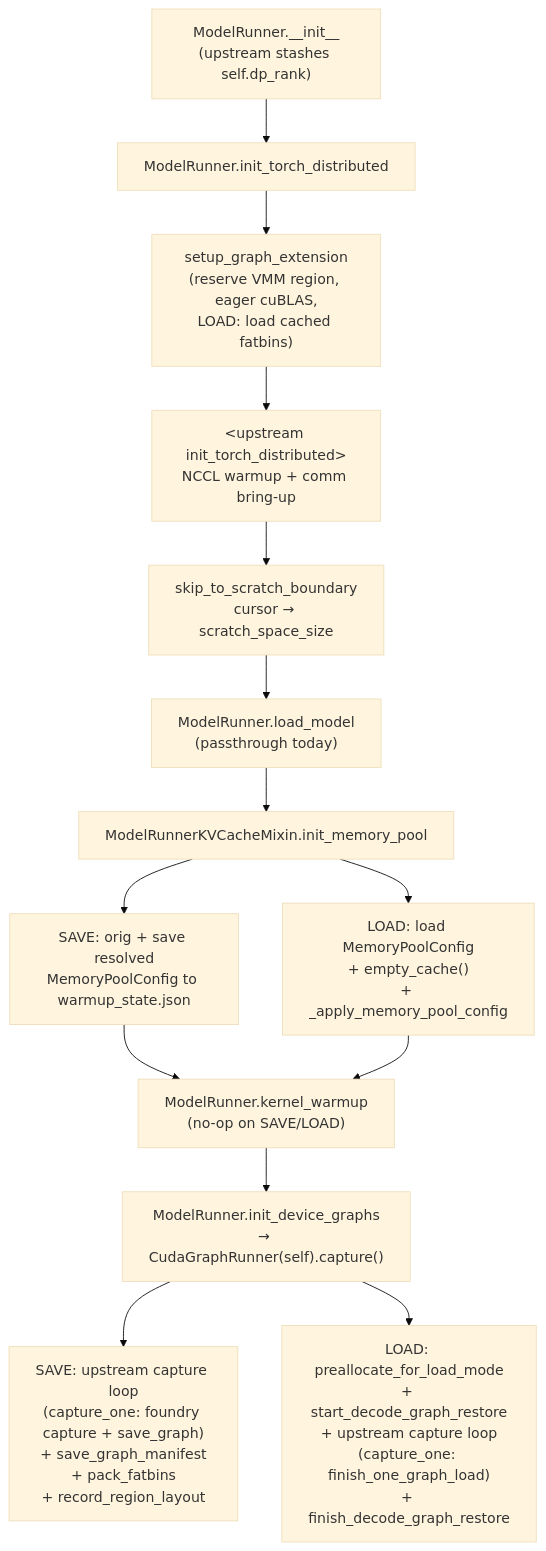
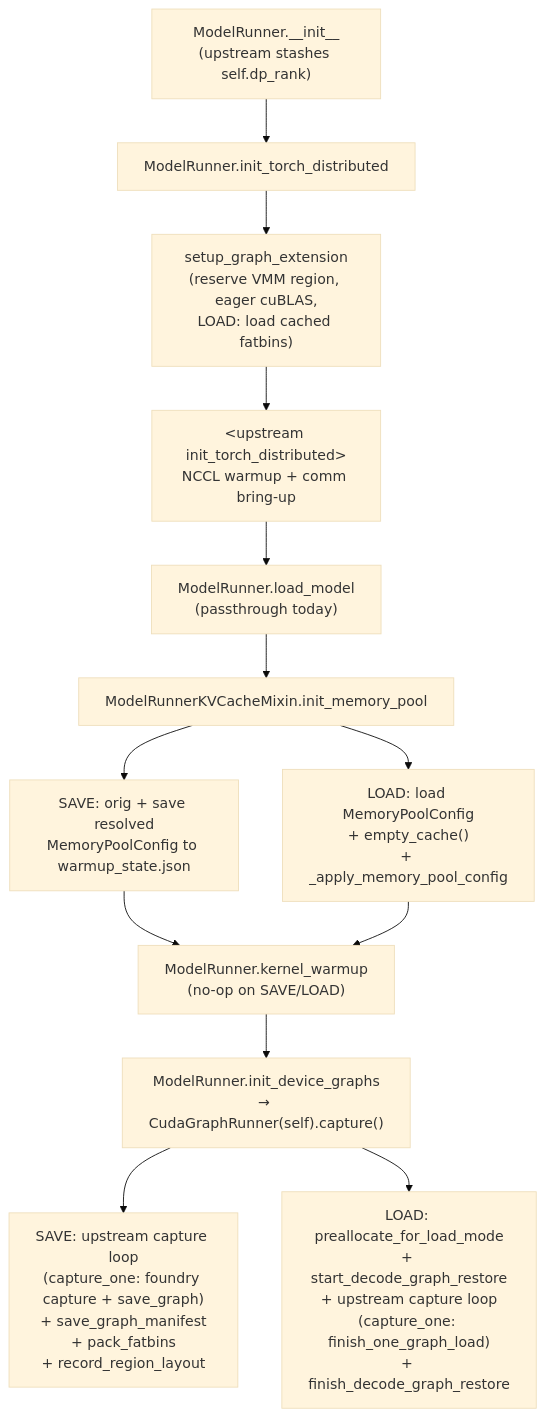
One commit to foundry-org/foundry changed the diagram in docs/sglang/memory-lifecycle.md. Above: the diagram before and after it, drawn with Mermaid (base theme). The commit also changed other lines of this file and 14 other files, not shown here.

Commit message:
[sglang] Drop the scratch skip; scratch_space_size is ignored

````diff
--- a/docs/sglang/memory-lifecycle.md
+++ b/docs/sglang/memory-lifecycle.md
@@ -27,27 +25,26 @@
 ```mermaid
 flowchart TD
     INIT["ModelRunner.__init__<br/>(upstream stashes self.dp_rank)"]
     TORCH["ModelRunner.init_torch_distributed"]
     TORCH_PRE["setup_graph_extension<br/>(reserve VMM region, eager cuBLAS,<br/>LOAD: load cached fatbins)"]
     TORCH_ORIG["&lt;upstream init_torch_distributed&gt;<br/>NCCL warmup + comm bring-up"]
-    TORCH_POST["skip_to_scratch_boundary<br/>cursor → scratch_space_size"]
     LOAD_MODEL["ModelRunner.load_model<br/>(passthrough today)"]
     POOL["ModelRunnerKVCacheMixin.init_memory_pool"]
     POOL_SAVE["SAVE: orig + save resolved<br/>MemoryPoolConfig to warmup_state.json"]
     POOL_LOAD["LOAD: load MemoryPoolConfig<br/>+ empty_cache()<br/>+ _apply_memory_pool_config"]
     KWARM["ModelRunner.kernel_warmup<br/>(no-op on SAVE/LOAD)"]
     GRAPHS["ModelRunner.init_device_graphs<br/>→ CudaGraphRunner(self).capture()"]
     SAVE_CAP["SAVE: upstream capture loop<br/>(capture_one: foundry capture + save_graph)<br/>+ save_graph_manifest<br/>+ pack_fatbins<br/>+ record_region_layout"]
     LOAD_CAP["LOAD: preallocate_for_load_mode<br/>+ start_decode_graph_restore<br/>+ upstream capture loop<br/>(capture_one: finish_one_graph_load)<br/>+ finish_decode_graph_restore"]
 
     INIT --> TORCH
-    TORCH --> TORCH_PRE --> TORCH_ORIG --> TORCH_POST
-    TORCH_POST --> LOAD_MODEL --> POOL
+    TORCH --> TORCH_PRE --> TORCH_ORIG
+    TORCH_ORIG --> LOAD_MODEL --> POOL
     POOL --> POOL_SAVE
     POOL --> POOL_LOAD
     POOL_SAVE --> KWARM
     POOL_LOAD --> KWARM
     KWARM --> GRAPHS
     GRAPHS --> SAVE_CAP
     GRAPHS --> LOAD_CAP
 ```
````
